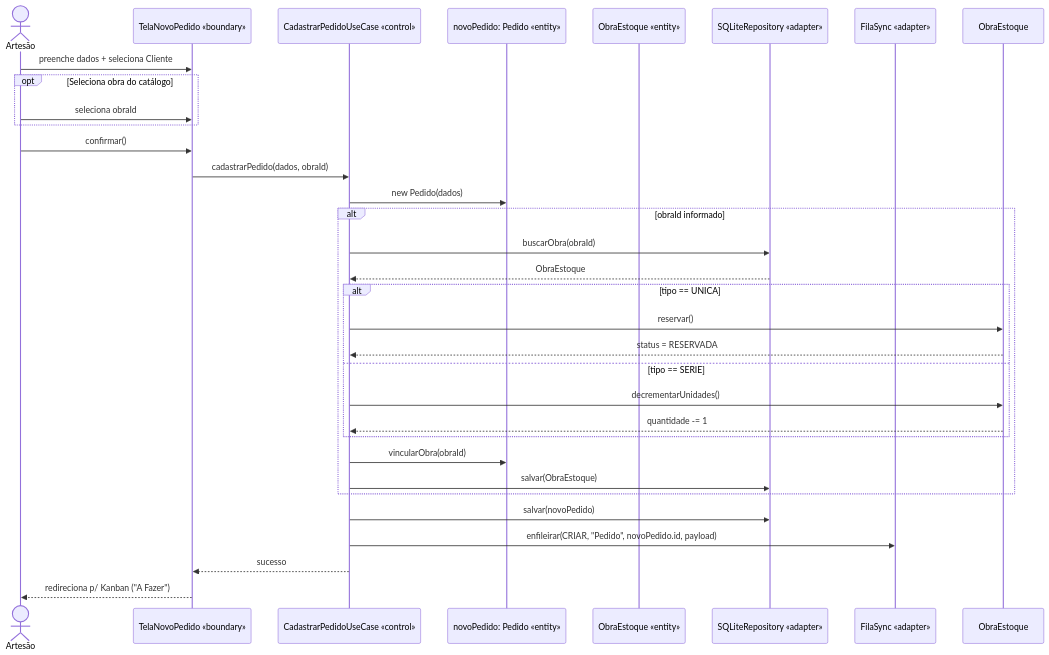
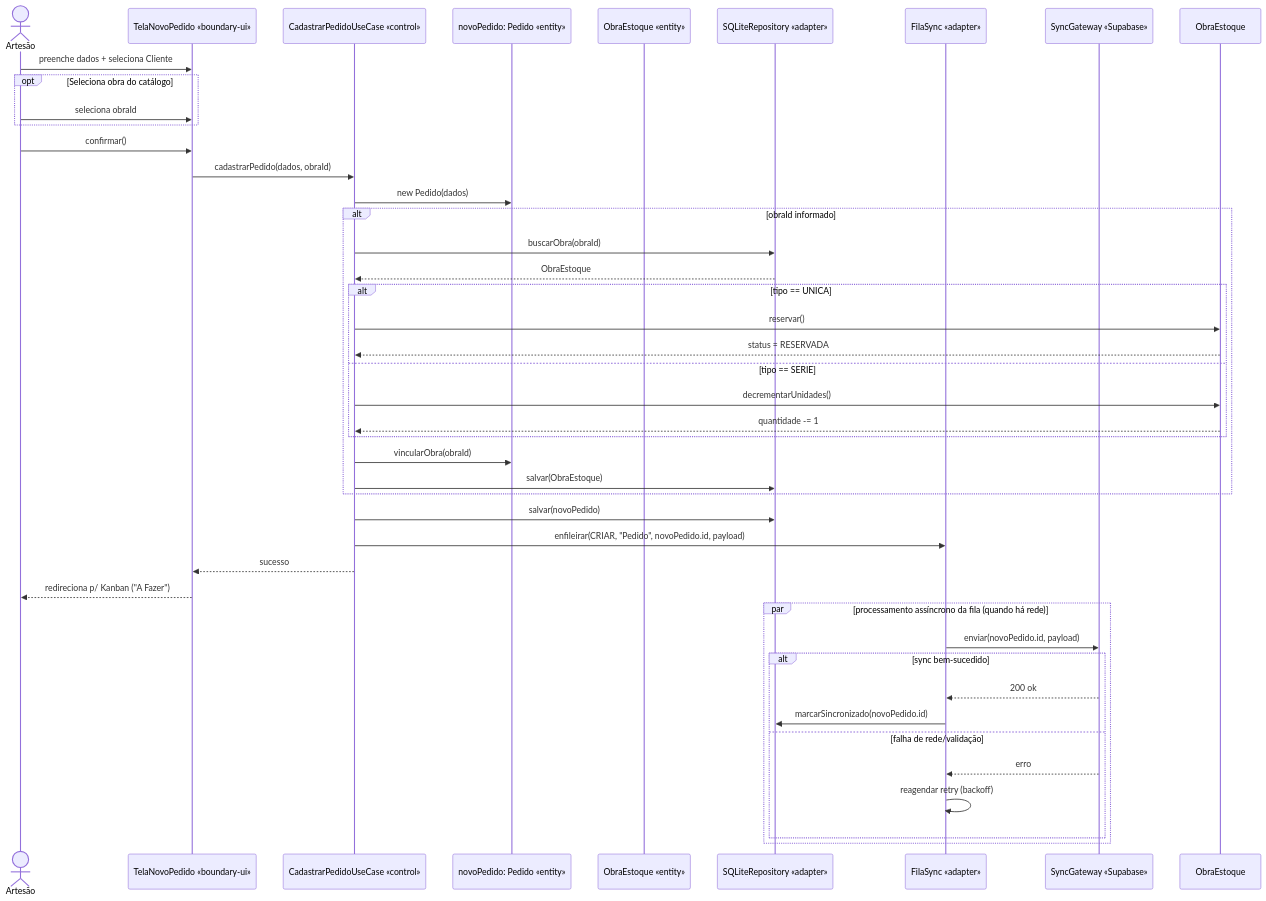
Before and after one commit to rmofilh/ate: diagram 12 of 14 in docs/ate-fase2.md, drawn with Mermaid. The commit also changed other lines of this file and 13 other files, not shown here.

````diff
--- a/docs/ate-fase2.md
+++ b/docs/ate-fase2.md
@@ -966,43 +1116,55 @@
 ```mermaid
 sequenceDiagram
     actor Artesao as Artesão
-    participant Tela as TelaNovoPedido «boundary»
+    participant Tela as TelaNovoPedido «boundary-ui»
     participant UC as CadastrarPedidoUseCase «control»
     participant Pedido as novoPedido: Pedido «entity»
     participant Obra as ObraEstoque «entity»
     participant Repo as SQLiteRepository «adapter»
     participant Fila as FilaSync «adapter»
+    participant Sync as SyncGateway «Supabase»
 
     Artesao ->> Tela: preenche dados + seleciona Cliente
     
     opt Seleciona obra do catálogo
         Artesao ->> Tela: seleciona obraId
     end
     
     Artesao ->> Tela: confirmar()
     Tela ->> UC: cadastrarPedido(dados, obraId)
     
     UC ->> Pedido: new Pedido(dados)
     
     alt obraId informado
         UC ->> Repo: buscarObra(obraId)
         Repo -->> UC: ObraEstoque
         
         alt tipo == UNICA
             UC ->> ObraEstoque: reservar()
             ObraEstoque -->> UC: status = RESERVADA
         else tipo == SERIE
             UC ->> ObraEstoque: decrementarUnidades()
             ObraEstoque -->> UC: quantidade -= 1
         end
         
         UC ->> Pedido: vincularObra(obraId)
         UC ->> Repo: salvar(ObraEstoque)
     end
     
     UC ->> Repo: salvar(novoPedido)
     UC ->> Fila: enfileirar(CRIAR, "Pedido", novoPedido.id, payload)
     
     UC -->> Tela: sucesso
     Tela -->> Artesao: redireciona p/ Kanban ("A Fazer")
+
+    par processamento assíncrono da fila (quando há rede)
+        Fila ->> Sync: enviar(novoPedido.id, payload)
+        alt sync bem-sucedido
+            Sync -->> Fila: 200 ok
+            Fila ->> Repo: marcarSincronizado(novoPedido.id)
+        else falha de rede/validação
+            Sync -->> Fila: erro
+            Fila ->> Fila: reagendar retry (backoff)
+        end
+    end
 ```
````
